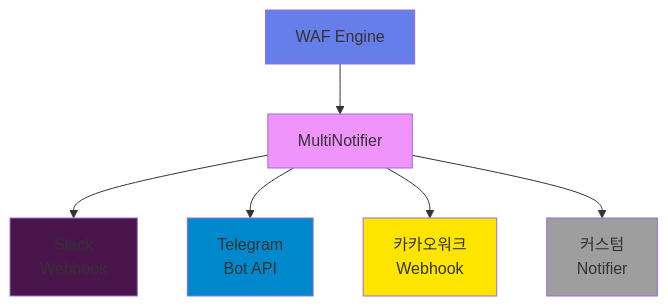
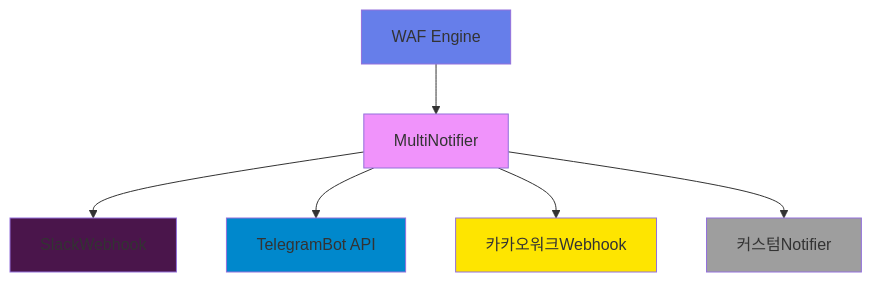
The seventh of 7 diagrams in README.md (BrianChanLEE/jwt-waf), drawn with Mermaid before and after one commit. The commit also changed other lines of this file and 3 other files, not shown here.

````diff
--- a/README.md
+++ b/README.md
@@ -258,16 +258,16 @@
 ```mermaid
 graph TD
     WAF[WAF Engine] --> Multi[MultiNotifier]
     
-    Multi --> Slack[Slack<br/>Webhook]
-    Multi --> Telegram[Telegram<br/>Bot API]
-    Multi --> Kakao[카카오워크<br/>Webhook]
-    Multi --> Custom[커스텀<br/>Notifier]
+    Multi --> Slack[SlackWebhook]
+    Multi --> Telegram[TelegramBot API]
+    Multi --> Kakao[카카오워크Webhook]
+    Multi --> Custom[커스텀Notifier]
     
     style WAF fill:#667eea
     style Multi fill:#f093fb
     style Slack fill:#4A154B
     style Telegram fill:#0088cc
     style Kakao fill:#FEE500
     style Custom fill:#9E9E9E
 ```
````
